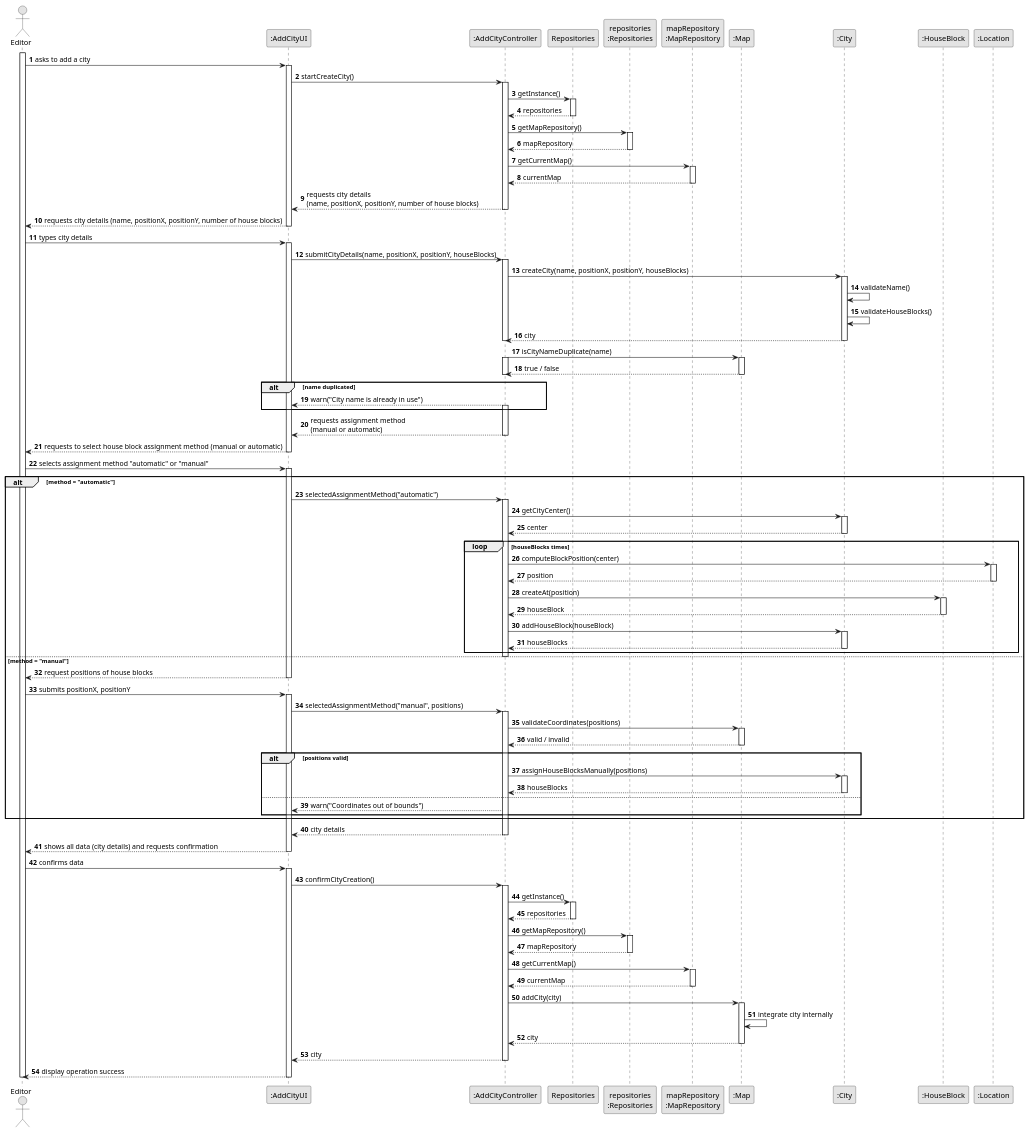
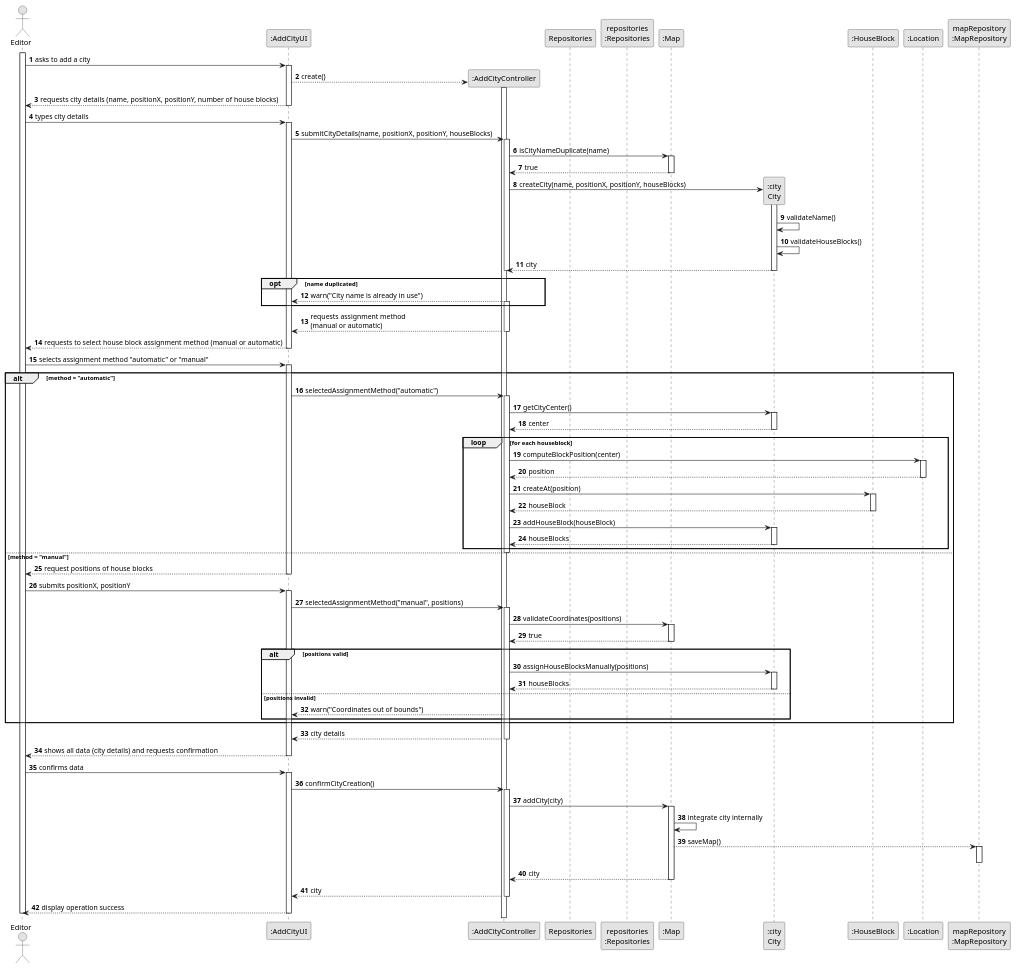
One commit to 1240826/empire-on-tracks changed the diagram in docs/system-documentation/US003/03.design/puml/US003-SD-full.puml. Above: the diagram before and after it, drawn with PlantUML.

Commit message:
design US3 update

```diff
--- a/docs/system-documentation/US003/03.design/puml/US003-SD-full.puml
+++ b/docs/system-documentation/US003/03.design/puml/US003-SD-full.puml
@@ -1,168 +1,142 @@
 @startuml
 skinparam monochrome true
 skinparam packageStyle rectangle
 skinparam shadowing false
 
 autonumber
 
 actor "Editor" as Editor
 participant ":AddCityUI"            as UI
-participant ":AddCityController"    as Controller
+participant ":AddCityController"    as CTRL
 participant "Repositories"          as REPOS
 participant "repositories\n:Repositories" as REPOS_SINGLETON
-participant "mapRepository\n:MapRepository" as MAP_REPO
 participant ":Map"                  as Map
-participant ":City"                 as City
+participant ":city\nCity"                 as City
 participant ":HouseBlock"           as HouseBlock
 participant ":Location"             as Location
+participant "mapRepository\n:MapRepository" as MAP_REPO
 
 activate Editor
 
-Editor -> UI : asks to add a city
-activate UI
+    Editor -> UI : asks to add a city
+    activate UI
+        UI --> CTRL** : create()
 
-    UI -> Controller : startCreateCity()
-    activate Controller
+    activate CTRL
 
-        Controller -> REPOS : getInstance()
-        activate REPOS
-            REPOS --> Controller : repositories
-        deactivate REPOS
 
-        Controller -> REPOS_SINGLETON : getMapRepository()
-        activate REPOS_SINGLETON
-            REPOS_SINGLETON --> Controller : mapRepository
-        deactivate REPOS_SINGLETON
 
-        Controller -> MAP_REPO : getCurrentMap()
-        activate MAP_REPO
-            MAP_REPO --> Controller : currentMap
-        deactivate MAP_REPO
 
-        Controller --> UI : requests city details\n(name, positionX, positionY, number of house blocks)
-    deactivate Controller
 UI --> Editor : requests city details (name, positionX, positionY, number of house blocks)
 deactivate UI
 Editor -> UI : types city details
 activate UI
 
-    UI -> Controller : submitCityDetails(name, positionX, positionY, houseBlocks)
-    activate Controller
+    UI -> CTRL : submitCityDetails(name, positionX, positionY, houseBlocks)
+    activate CTRL
 
-        Controller -> City : createCity(name, positionX, positionY, houseBlocks)
+        CTRL -> Map : isCityNameDuplicate(name)
+          activate Map
+          Map --> CTRL : true
+          deactivate Map
+
+
+        CTRL -> City** : createCity(name, positionX, positionY, houseBlocks)
         activate City
             City -> City : validateName()
             City -> City : validateHouseBlocks()
-             City --> Controller : city
+             City --> CTRL : city
         deactivate City
-        deactivate Controller
+        deactivate CTRL
 
-        Controller -> Map : isCityNameDuplicate(name)
-        activate Controller
-        activate Map
-            Map --> Controller : true / false
-        deactivate Map
-        deactivate Controller
 
-        alt name duplicated
-            Controller --> UI : warn("City name is already in use")
-            activate Controller
+        opt name duplicated
+            CTRL --> UI : warn("City name is already in use")
+            activate CTRL
         end
-            Controller --> UI : requests assignment method\n(manual or automatic)
-    deactivate Controller
+            CTRL --> UI : requests assignment method\n(manual or automatic)
+    deactivate CTRL
 
 
 UI --> Editor : requests to select house block assignment method (manual or automatic)
 deactivate UI
 Editor -> UI : selects assignment method "automatic" or "manual"
 activate UI
 
     alt method = "automatic"
-        UI -> Controller : selectedAssignmentMethod("automatic")
-        activate Controller
+        UI -> CTRL : selectedAssignmentMethod("automatic")
+        activate CTRL
 
-            Controller -> City : getCityCenter()
+            CTRL -> City : getCityCenter()
             activate City
-                City --> Controller : center
+                City --> CTRL : center
             deactivate City
 
-            loop houseBlocks times
-                Controller -> Location : computeBlockPosition(center)
+            loop for each houseblock
+                CTRL -> Location : computeBlockPosition(center)
                 activate Location
-                    Location --> Controller : position
+                    Location --> CTRL : position
                 deactivate Location
 
-                Controller -> HouseBlock : createAt(position)
+                CTRL -> HouseBlock : createAt(position)
                 activate HouseBlock
-                    HouseBlock --> Controller : houseBlock
+                    HouseBlock --> CTRL : houseBlock
                 deactivate HouseBlock
 
-                Controller -> City : addHouseBlock(houseBlock)
+                CTRL -> City : addHouseBlock(houseBlock)
                 activate City
-                City --> Controller : houseBlocks
+                City --> CTRL : houseBlocks
                 deactivate City
             end
             deactivate City
-        deactivate Controller
+        deactivate CTRL
 
     else method = "manual"
         UI --> Editor : request positions of house blocks
         deactivate UI
         Editor -> UI : submits positionX, positionY
         activate UI
-        UI -> Controller : selectedAssignmentMethod("manual", positions)
-        activate Controller
+        UI -> CTRL : selectedAssignmentMethod("manual", positions)
+        activate CTRL
 
-            Controller -> Map : validateCoordinates(positions)
+            CTRL -> Map : validateCoordinates(positions)
             activate Map
-                Map --> Controller : valid / invalid
+                Map --> CTRL : true
             deactivate Map
 
             alt positions valid
-                Controller -> City : assignHouseBlocksManually(positions)
+                CTRL -> City : assignHouseBlocksManually(positions)
                 activate City
-                City --> Controller : houseBlocks
+                City --> CTRL : houseBlocks
                 deactivate City
-            else
-                Controller --> UI : warn("Coordinates out of bounds")
+            else positions invalid
+                CTRL --> UI : warn("Coordinates out of bounds")
             end
     end
-    Controller --> UI: city details
-            deactivate Controller
+    CTRL --> UI: city details
+            deactivate CTRL
 
     UI --> Editor : shows all data (city details) and requests confirmation
 deactivate UI
 
 Editor -> UI : confirms data
 activate UI
 
-    UI -> Controller : confirmCityCreation()
-    activate Controller
+    UI -> CTRL : confirmCityCreation()
+    activate CTRL
 
-        Controller -> REPOS : getInstance()
-        activate REPOS
-            REPOS --> Controller : repositories
-        deactivate REPOS
-
-        Controller -> REPOS_SINGLETON : getMapRepository()
-        activate REPOS_SINGLETON
-            REPOS_SINGLETON --> Controller : mapRepository
-        deactivate REPOS_SINGLETON
-
-        Controller -> MAP_REPO : getCurrentMap()
-        activate MAP_REPO
-            MAP_REPO --> Controller : currentMap
-        deactivate MAP_REPO
-
-        Controller -> Map : addCity(city)
+        CTRL -> Map : addCity(city)
         activate Map
             Map -> Map : integrate city internally
-Map --> Controller: city
+            Map --> MAP_REPO: saveMap()
+            activate MAP_REPO
+            deactivate MAP_REPO
+Map --> CTRL: city
 deactivate Map
-Controller --> UI: city
-    deactivate Controller
+CTRL --> UI: city
+    deactivate CTRL
     UI -->  Editor: display operation success
 deactivate UI
 
 deactivate Editor
 @enduml
```
